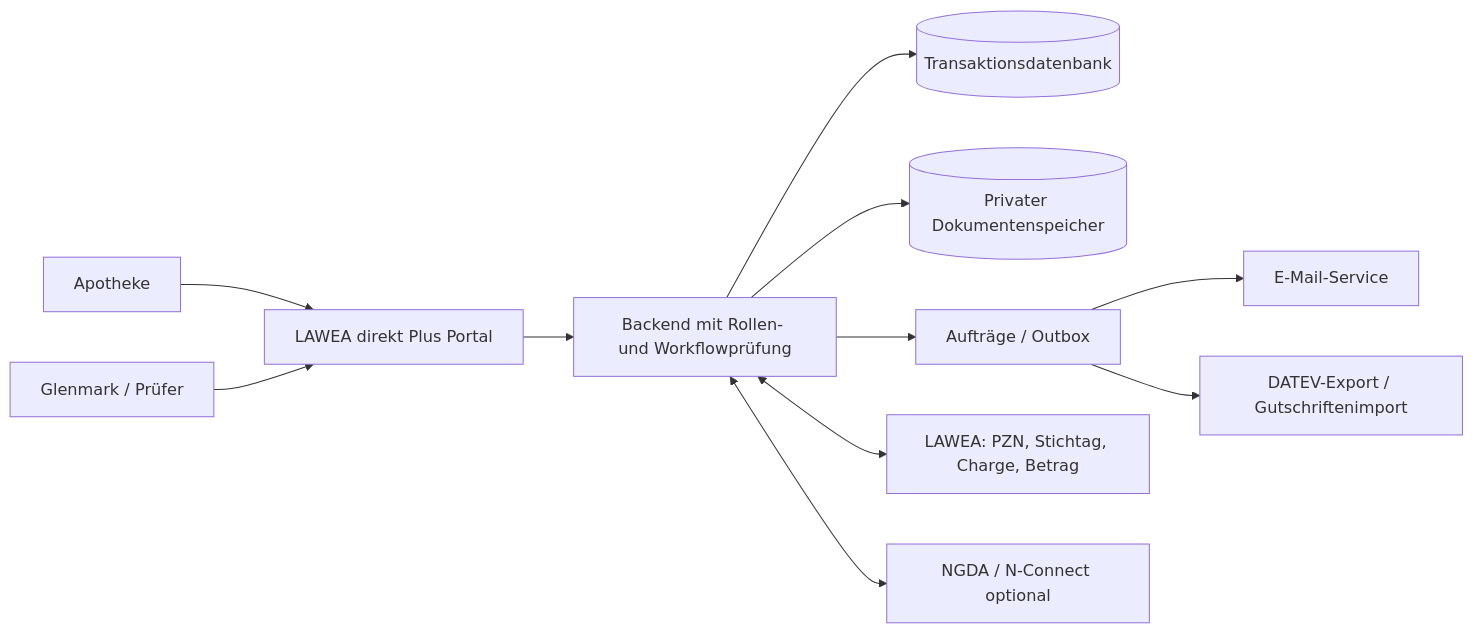
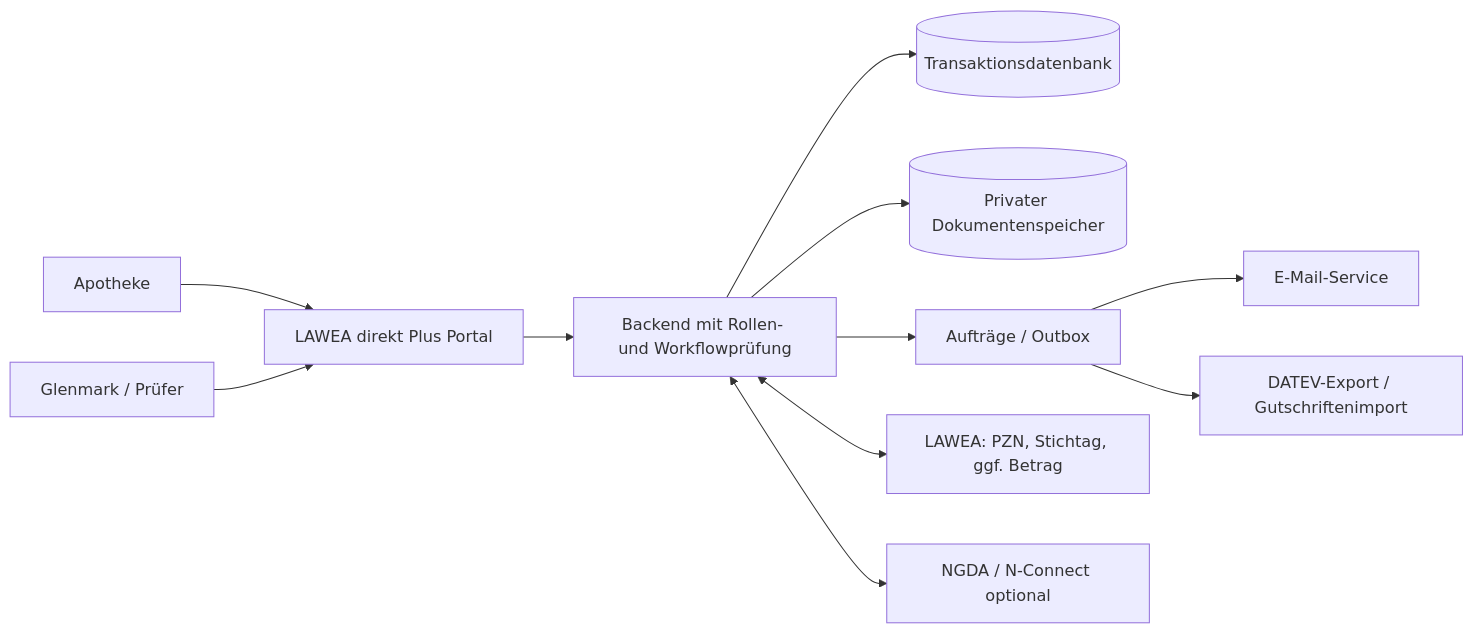
One commit to itlgmbhmarcowolf/LAWEADirectPlus changed the diagram in docs/04-technisches-konzept.md. Above: the diagram before and after it, drawn with Mermaid. The commit also changed other lines of this file and 24 other files, not shown here.

Commit message:
Refine claim overview and submission flow

````diff
--- a/docs/04-technisches-konzept.md
+++ b/docs/04-technisches-konzept.md
@@ -9,13 +9,13 @@
 ```mermaid
 flowchart LR
   A[Apotheke] --> UI[LAWEA direkt Plus Portal]
   G[Glenmark / Prüfer] --> UI
   UI --> API[Backend mit Rollen- und Workflowprüfung]
   API --> DB[(Transaktionsdatenbank)]
   API --> DOC[(Privater Dokumentenspeicher)]
   API --> Q[Aufträge / Outbox]
-  API <--> L[LAWEA: PZN, Stichtag, Charge, Betrag]
+  API <--> L[LAWEA: PZN, Stichtag, ggf. Betrag]
   API <--> N[NGDA / N-Connect optional]
   Q --> M[E-Mail-Service]
   Q --> D[DATEV-Export / Gutschriftenimport]
 ```
````
